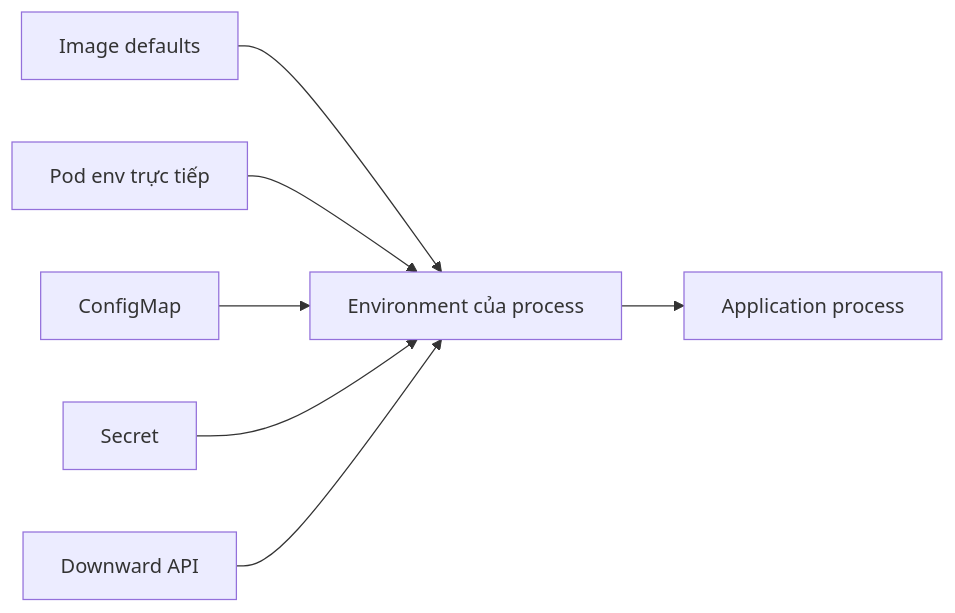
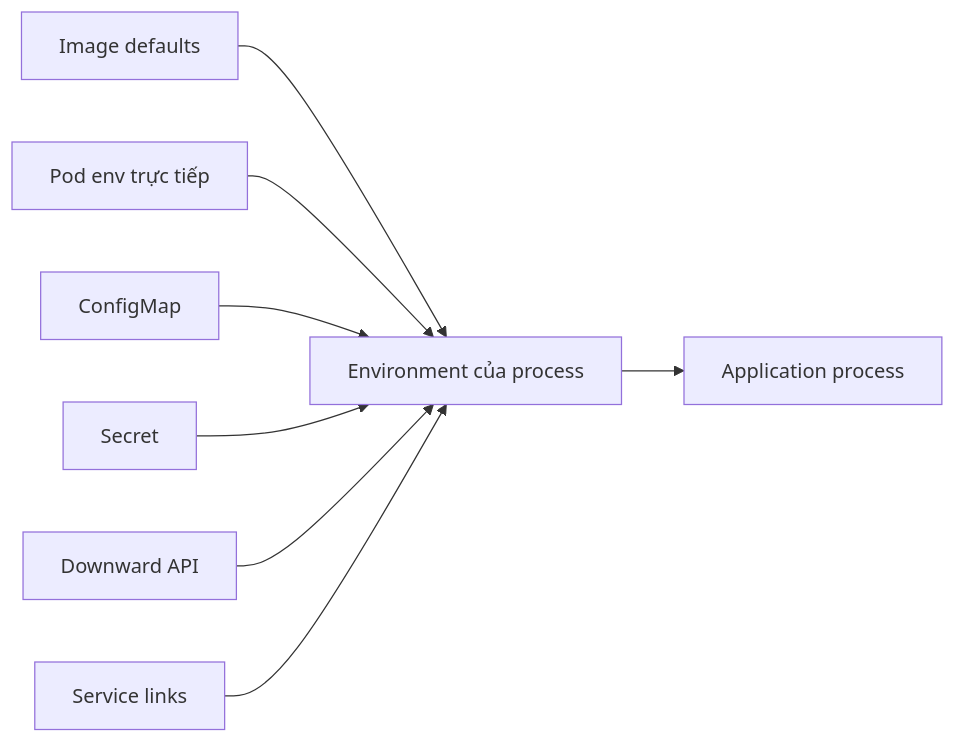
Before and after one commit to vanhiep99w/k8s-learn: the diagram in content/docs/cau-hinh/environment-variables.md, drawn with Mermaid. The commit also changed other lines of this file and 30 other files, not shown here.

````diff
--- a/content/docs/cau-hinh/environment-variables.md
+++ b/content/docs/cau-hinh/environment-variables.md
@@ -31,9 +32,10 @@
 ```mermaid
 flowchart LR
     I[Image defaults] --> E[Environment của process]
     V[Pod env trực tiếp] --> E
     C[ConfigMap] --> E
     S[Secret] --> E
     D[Downward API] --> E
+    L[Service links] --> E
     E --> P[Application process]
 ```
````
